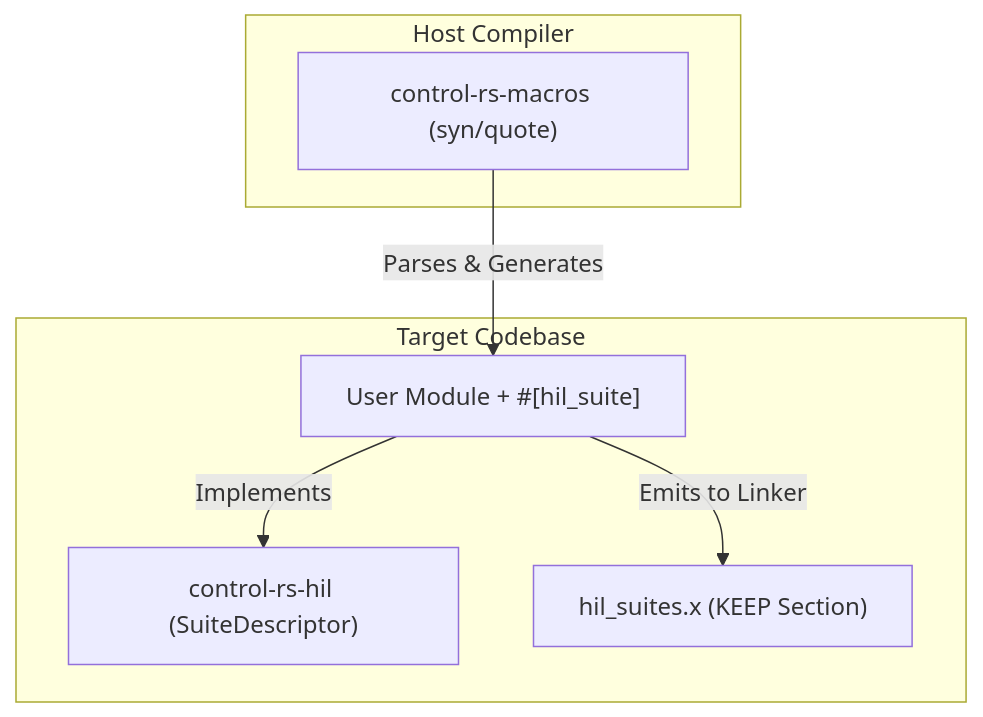
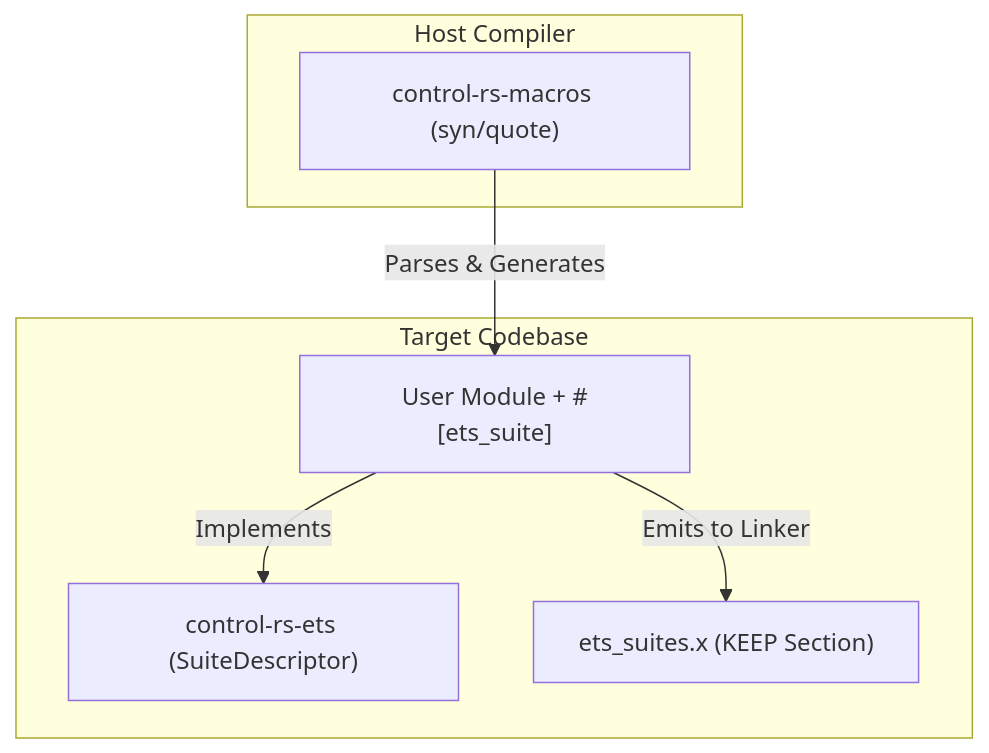
Before and after one commit to Dyse-Industries/control-rs: the diagram in documentation/xtask/control-rs-macros-design-doc.md, drawn with Mermaid. The commit also changed other lines of this file and 208 other files, not shown here.

````diff
--- a/documentation/xtask/control-rs-macros-design-doc.md
+++ b/documentation/xtask/control-rs-macros-design-doc.md
@@ -70,16 +70,16 @@
 ```mermaid
 flowchart TD
     subgraph Host ["Host Compiler"]
         Macros["control-rs-macros (syn/quote)"]
     end
 
     subgraph Target ["Target Codebase"]
-        UserCode["User Module + #[hil_suite]"]
-        HIL["control-rs-hil (SuiteDescriptor)"]
-        LinkerScript["hil_suites.x (KEEP Section)"]
+        UserCode["User Module + #[ets_suite]"]
+        ETS["control-rs-ets (SuiteDescriptor)"]
+        LinkerScript["ets_suites.x (KEEP Section)"]
     end
 
     Macros -->|Parses & Generates| UserCode
-    UserCode -->|Implements| HIL
+    UserCode -->|Implements| ETS
     UserCode -->|Emits to Linker| LinkerScript
 ```
````
